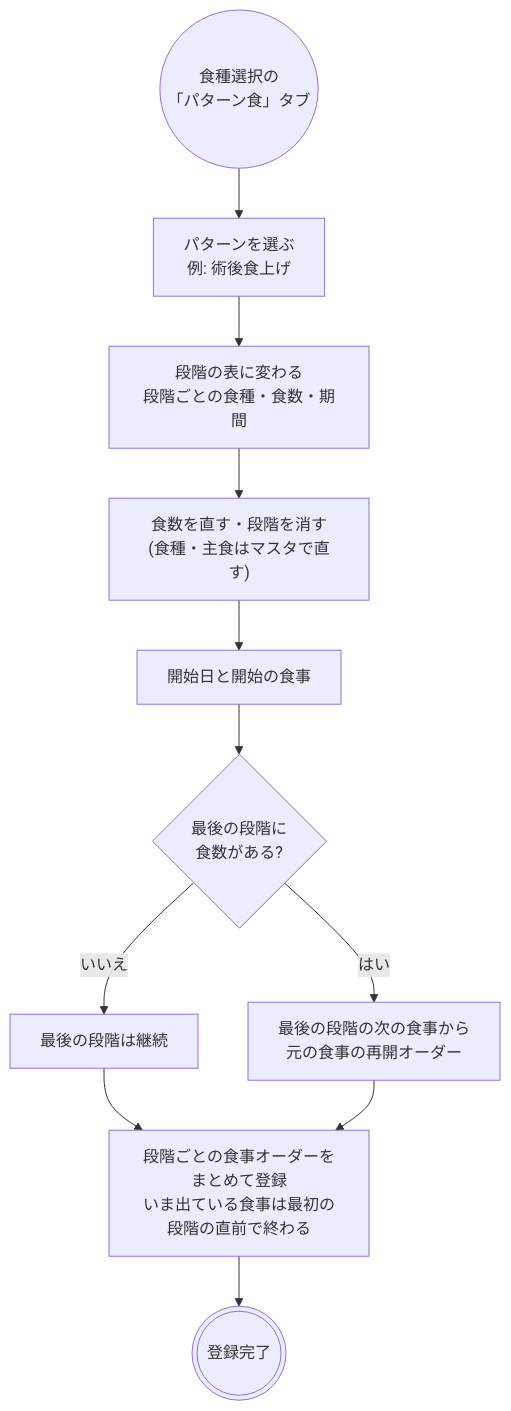
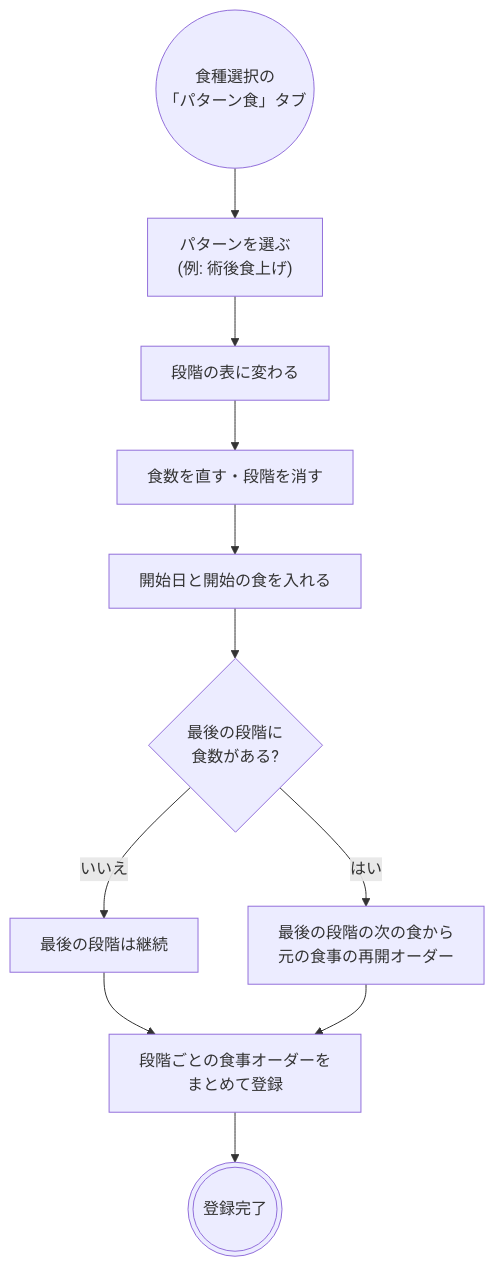
Before and after one commit to ysnr-dev/fhir-client-docs: the fourth of 8 diagrams in docs/flows/meal.md, drawn with Mermaid. The commit also changed other lines of this file and 43 other files, not shown here.

Commit message:
docs: 業務フローとシーケンス図を写し直し

````diff
--- a/docs/flows/meal.md
+++ b/docs/flows/meal.md
@@ -177,18 +206,18 @@
 ```mermaid
 flowchart TD
   start(("食種選択の<br/>「パターン食」タブ"))
-  pick["パターンを選ぶ<br/>例: 術後食上げ"]
-  table["段階の表に変わる<br/>段階ごとの食種・食数・期間"]
-  adjust["食数を直す・段階を消す<br/>(食種・主食はマスタで直す)"]
-  startAt["開始日と開始の食事"]
+  pick["パターンを選ぶ<br/>(例: 術後食上げ)"]
+  table["段階の表に変わる"]
+  adjust["食数を直す・段階を消す"]
+  startAt["開始日と開始の食を入れる"]
   last{"最後の段階に<br/>食数がある?"}
   cont["最後の段階は継続"]
-  resume["最後の段階の次の食事から<br/>元の食事の再開オーダー"]
-  save["段階ごとの食事オーダーを<br/>まとめて登録<br/>いま出ている食事は最初の段階の直前で終わる"]
+  resume["最後の段階の次の食から<br/>元の食事の再開オーダー"]
+  save["段階ごとの食事オーダーを<br/>まとめて登録"]
   done((("登録完了")))
 
   start --> pick --> table --> adjust --> startAt --> last
   last -- "いいえ" --> cont --> save
   last -- "はい" --> resume --> save
   save --> done
 ```
````
